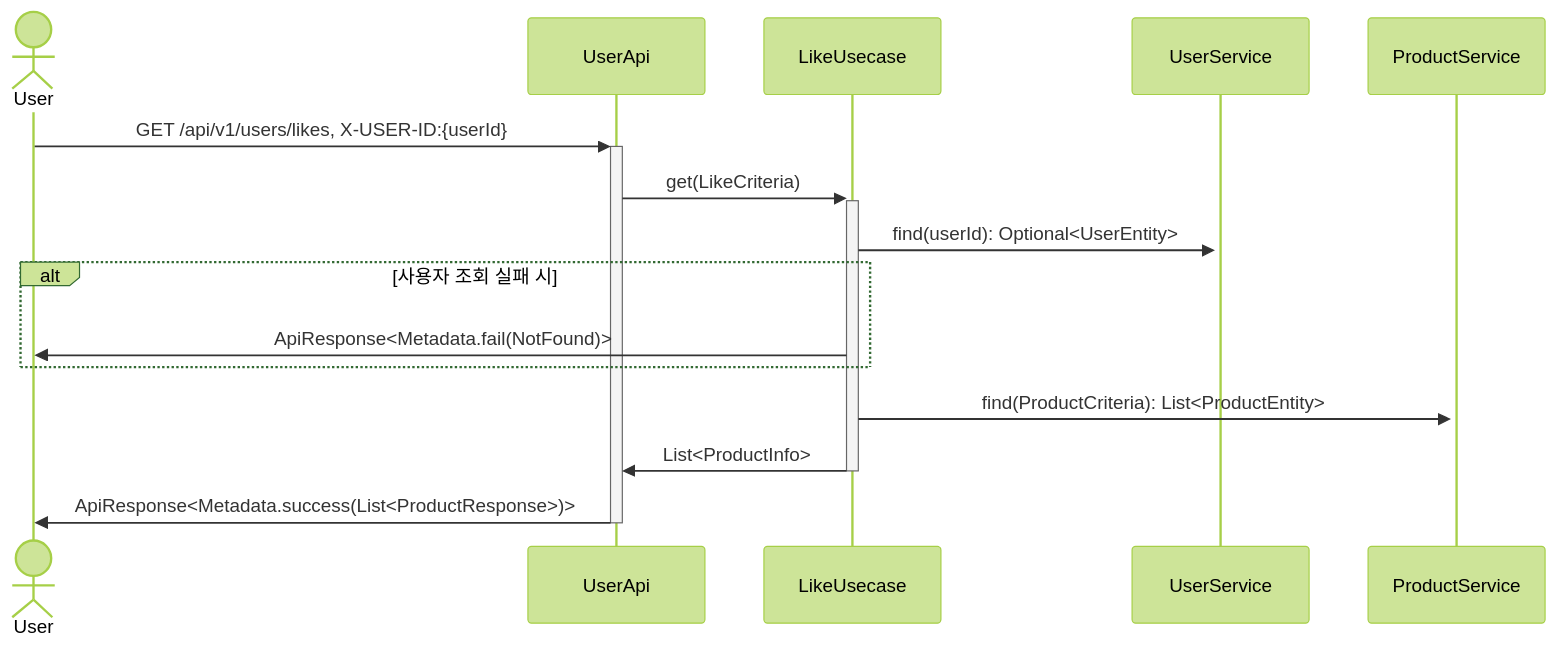
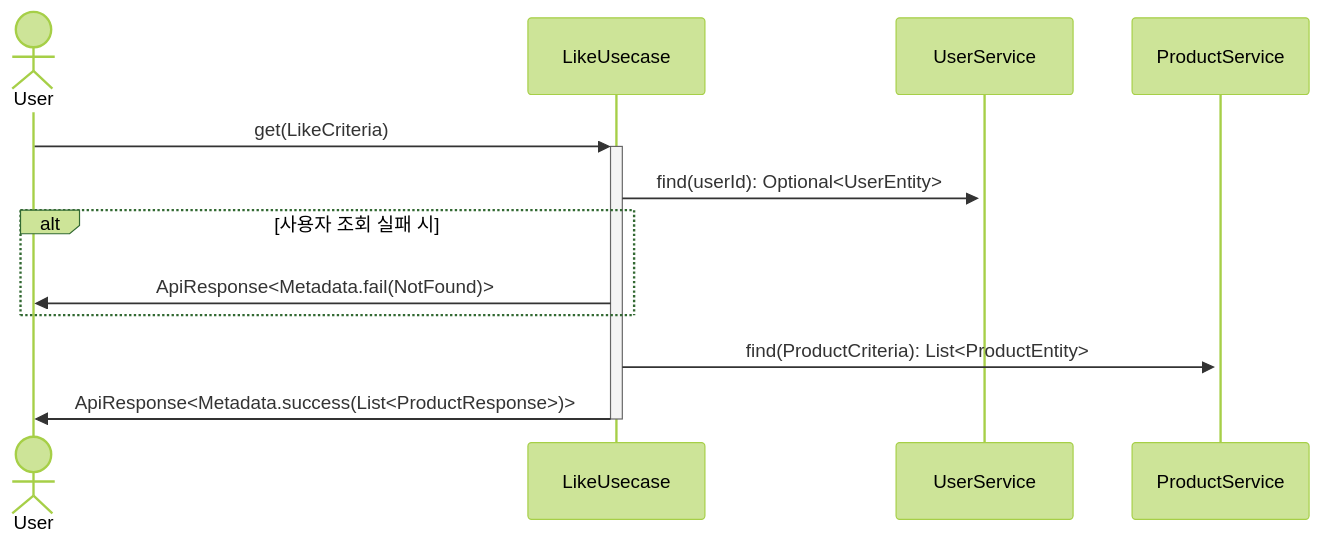
Before and after one commit to Iol-lshh/loopers_be_practice_byjava: the sixth of 10 diagrams in docs/design/02-sequence-diagrams.md, drawn with Mermaid (forest theme). The commit also changed other lines of this file and 70 other files, not shown here.

````diff
--- a/docs/design/02-sequence-diagrams.md
+++ b/docs/design/02-sequence-diagrams.md
@@ -115,13 +104,11 @@
 ```mermaid
 sequenceDiagram
     actor User
-    User->>+UserApi: GET /api/v1/users/likes, X-USER-ID:{userId}
-    UserApi->>+LikeUsecase: get(LikeCriteria)
+    User->>+LikeUsecase: get(LikeCriteria)
     LikeUsecase->>+UserService: find(userId): Optional<UserEntity>
     alt 사용자 조회 실패 시
         LikeUsecase->>User: ApiResponse<Metadata.fail(NotFound)>
     end
     LikeUsecase->>+ProductService: find(ProductCriteria): List<ProductEntity>
-    LikeUsecase->>-UserApi: List<ProductInfo>
-    UserApi->>-User: ApiResponse<Metadata.success(List<ProductResponse>)>
+    LikeUsecase->>-User: ApiResponse<Metadata.success(List<ProductResponse>)>
 ```
````
